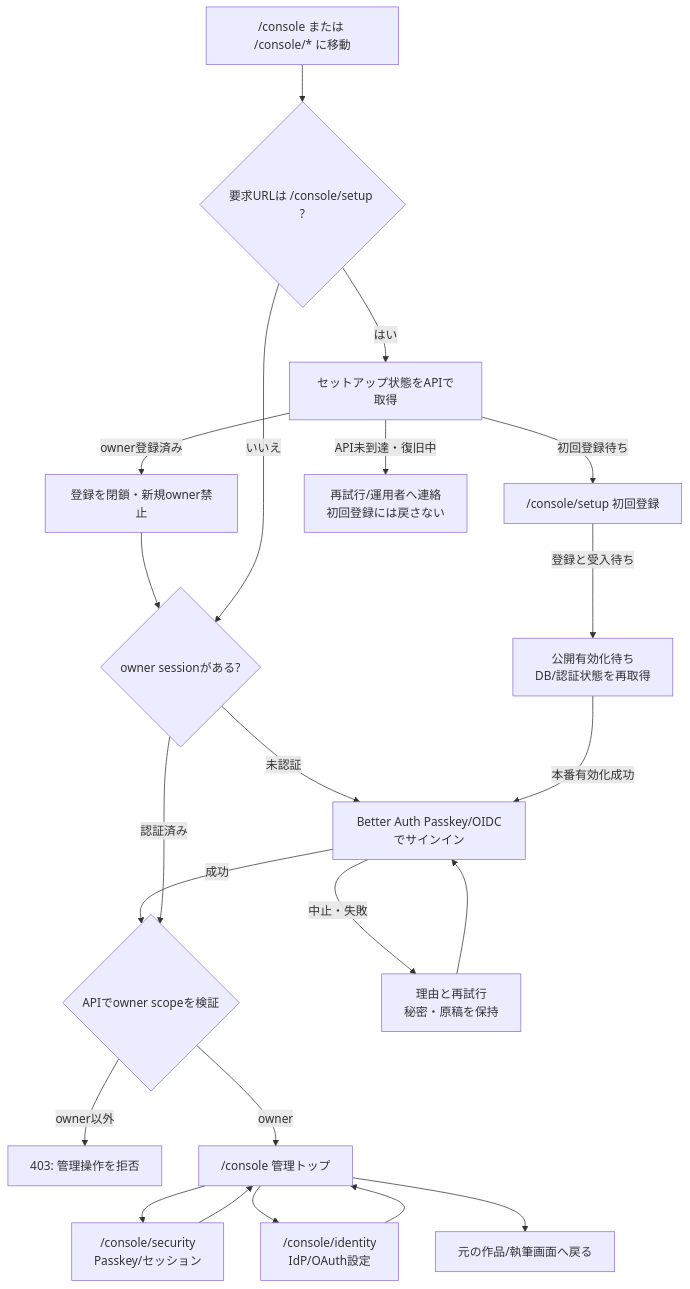
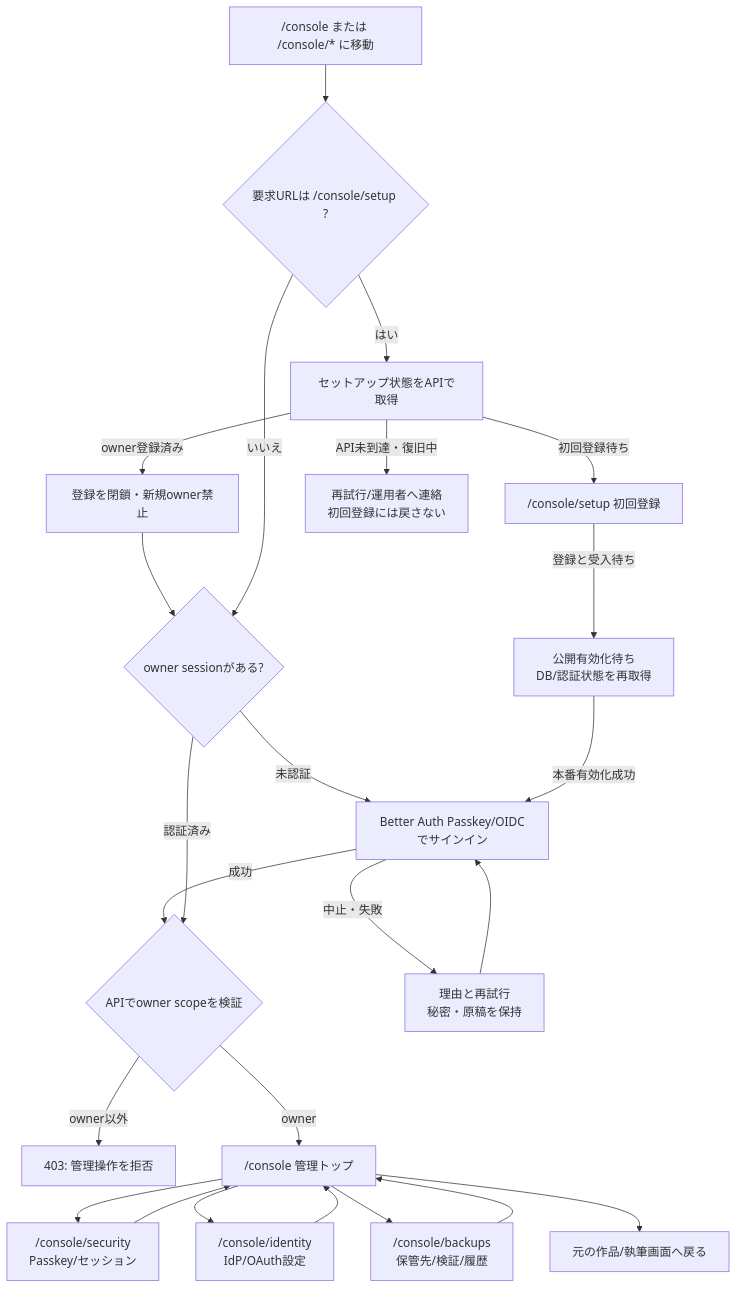
One commit to yohn-jp/codexia changed the fourth of 6 diagrams in docs/design/ADMIN-SCREEN-FLOW.md. Above: the diagram before and after it, drawn with Mermaid. The commit also changed other lines of this file, not shown here.

Commit message:
docs: add owner backup console navigation and functional screen flow

````diff
--- a/docs/design/ADMIN-SCREEN-FLOW.md
+++ b/docs/design/ADMIN-SCREEN-FLOW.md
@@ -120,24 +125,26 @@
 ```mermaid
 flowchart TD
     ENTRY["/console または /console/* に移動"] --> ROUTE{"要求URLは /console/setup ?"}
     ROUTE -->|はい| STATUS["セットアップ状態をAPIで取得"]
     STATUS -->|初回登録待ち| SETUP["/console/setup 初回登録"]
     STATUS -->|owner登録済み| SETUPCLOSED["登録を閉鎖・新規owner禁止"]
     STATUS -->|API未到達・復旧中| BLOCK["再試行/運用者へ連絡<br/>初回登録には戻さない"]
     SETUPCLOSED --> AUTH{"owner sessionがある?"}
     ROUTE -->|いいえ| AUTH
     AUTH -->|未認証| SIGNIN["Better Auth Passkey/OIDCでサインイン"]
     SIGNIN -->|成功| GUARD{"APIでowner scopeを検証"}
     SIGNIN -->|中止・失敗| AUTHERROR["理由と再試行<br/>秘密・原稿を保持"]
     AUTHERROR --> SIGNIN
     AUTH -->|認証済み| GUARD
     GUARD -->|owner以外| FORBID["403: 管理操作を拒否"]
     GUARD -->|owner| HOME["/console 管理トップ"]
     HOME --> SEC["/console/security<br/>Passkey/セッション"]
     HOME --> IDENT["/console/identity<br/>IdP/OAuth設定"]
+    HOME --> BACKUP["/console/backups<br/>保管先/検証/履歴"]
     SEC --> HOME
     IDENT --> HOME
+    BACKUP --> HOME
     HOME --> BACK["元の作品/執筆画面へ戻る"]
     SETUP -->|登録と受入待ち| WAIT["公開有効化待ち<br/>DB/認証状態を再取得"]
     WAIT -->|本番有効化成功| SIGNIN
 ```
````
